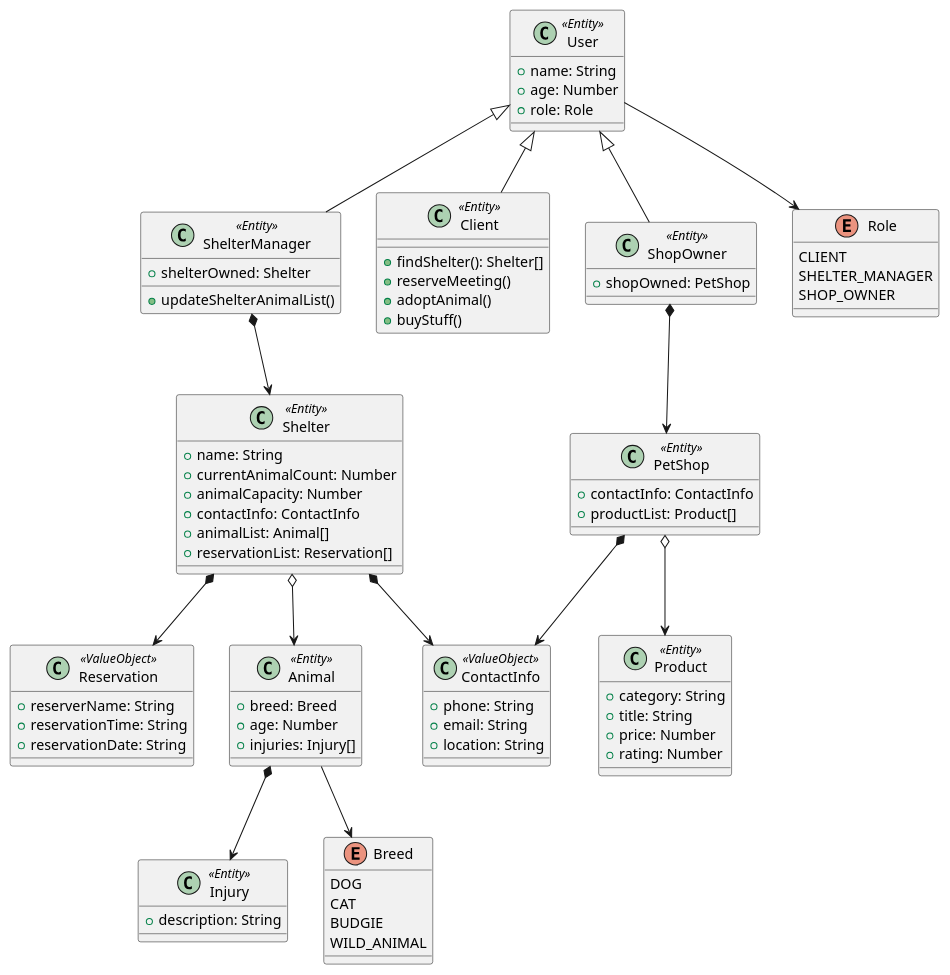
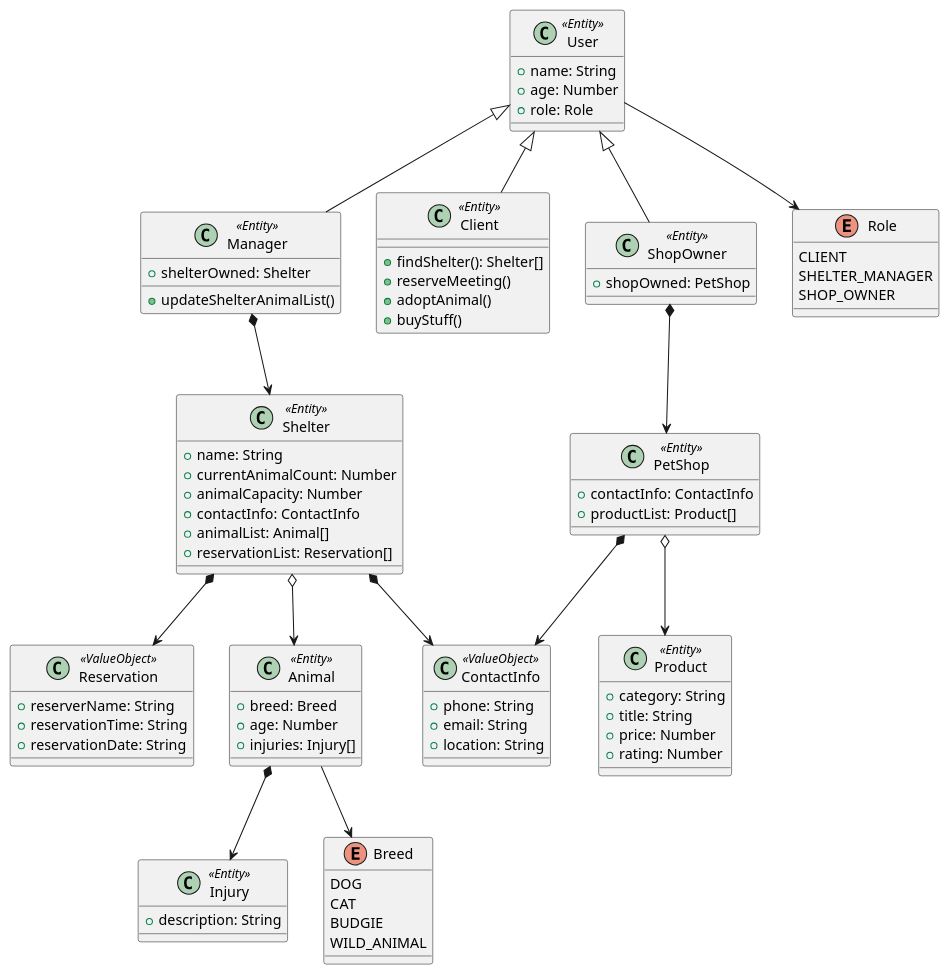
The diagram in class-diagram.puml (replakcan/nimbleAA-shelter-project), drawn with PlantUML before and after one commit. The commit also changed 4 other files, not shown here.

```diff
--- a/class-diagram.puml
+++ b/class-diagram.puml
@@ -1,97 +1,97 @@
 @startuml shelter-project
 
 class User <<Entity>> {
     + name: String
     + age: Number
     + role: Role
 }
 
-class ShelterManager <<Entity>> {
+class Manager <<Entity>> {
     + shelterOwned: Shelter
     + updateShelterAnimalList()
 }
 
 class Client <<Entity>> {
     + findShelter(): Shelter[]
     + reserveMeeting()
     + adoptAnimal()
     + buyStuff()
 }
 
 class ShopOwner <<Entity>> {
     + shopOwned: PetShop
 }
 
 enum Role {
     CLIENT
     SHELTER_MANAGER
     SHOP_OWNER
 }
 
 class Shelter <<Entity>> {
     + name: String
     + currentAnimalCount: Number
     + animalCapacity: Number
     + contactInfo: ContactInfo
     + animalList: Animal[]
     + reservationList: Reservation[]
 }
 
 class Reservation <<ValueObject>> {
     + reserverName: String
     + reservationTime: String
     + reservationDate: String
 }
 
 class ContactInfo <<ValueObject>> {
     + phone: String
     + email: String
     + location: String
 }
 
 class Animal <<Entity>> {
     + breed: Breed
     + age: Number
     + injuries: Injury[]
 }
 
 class Injury <<Entity>> {
     + description: String
 }
 
 enum Breed {
     DOG
     CAT
     BUDGIE
     WILD_ANIMAL
 }
 
 class PetShop <<Entity>> {
     + contactInfo: ContactInfo
     + productList: Product[]
 }
 
 class Product <<Entity>> {
     + category: String
     + title: String
     + price: Number
     + rating: Number
 }
 
 User --> Role
 Client -up-|> User
 ShopOwner -up-|> User
 ShopOwner *--> PetShop
 PetShop *--> ContactInfo
 PetShop o--> Product
-ShelterManager -up-|> User
-ShelterManager *--> Shelter
+Manager -up-|> User
+Manager *--> Shelter
 Shelter *--> ContactInfo
 Shelter *--> Reservation
 Shelter o--> Animal
 Animal --> Breed
 Animal *--> Injury
 
 
 
 @enduml
```
